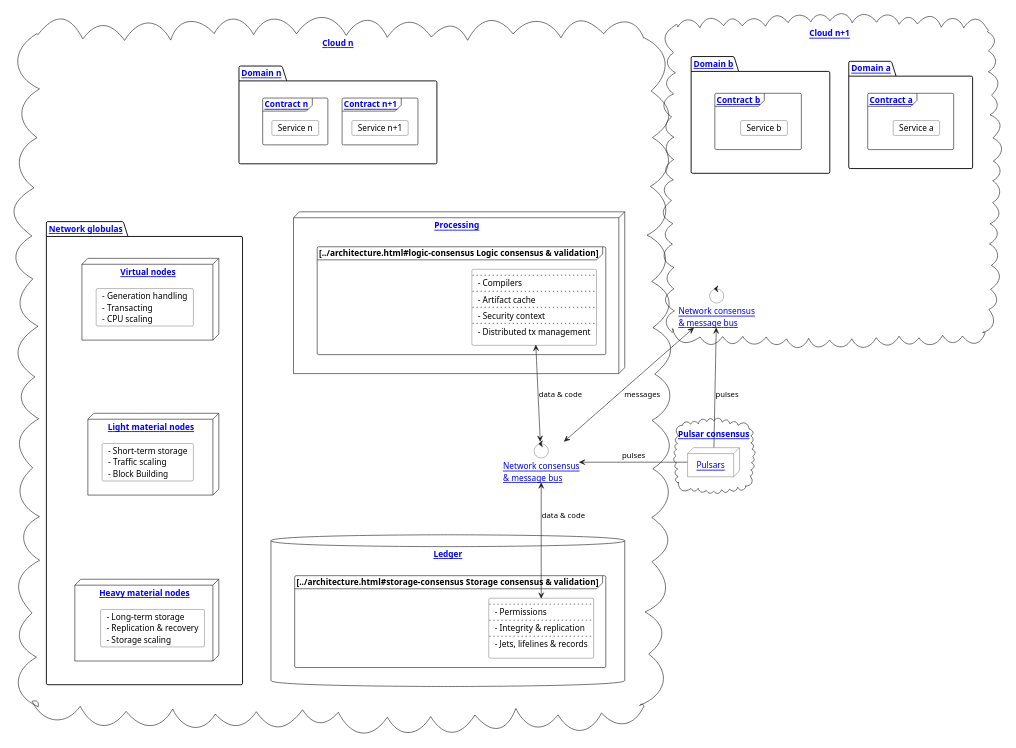
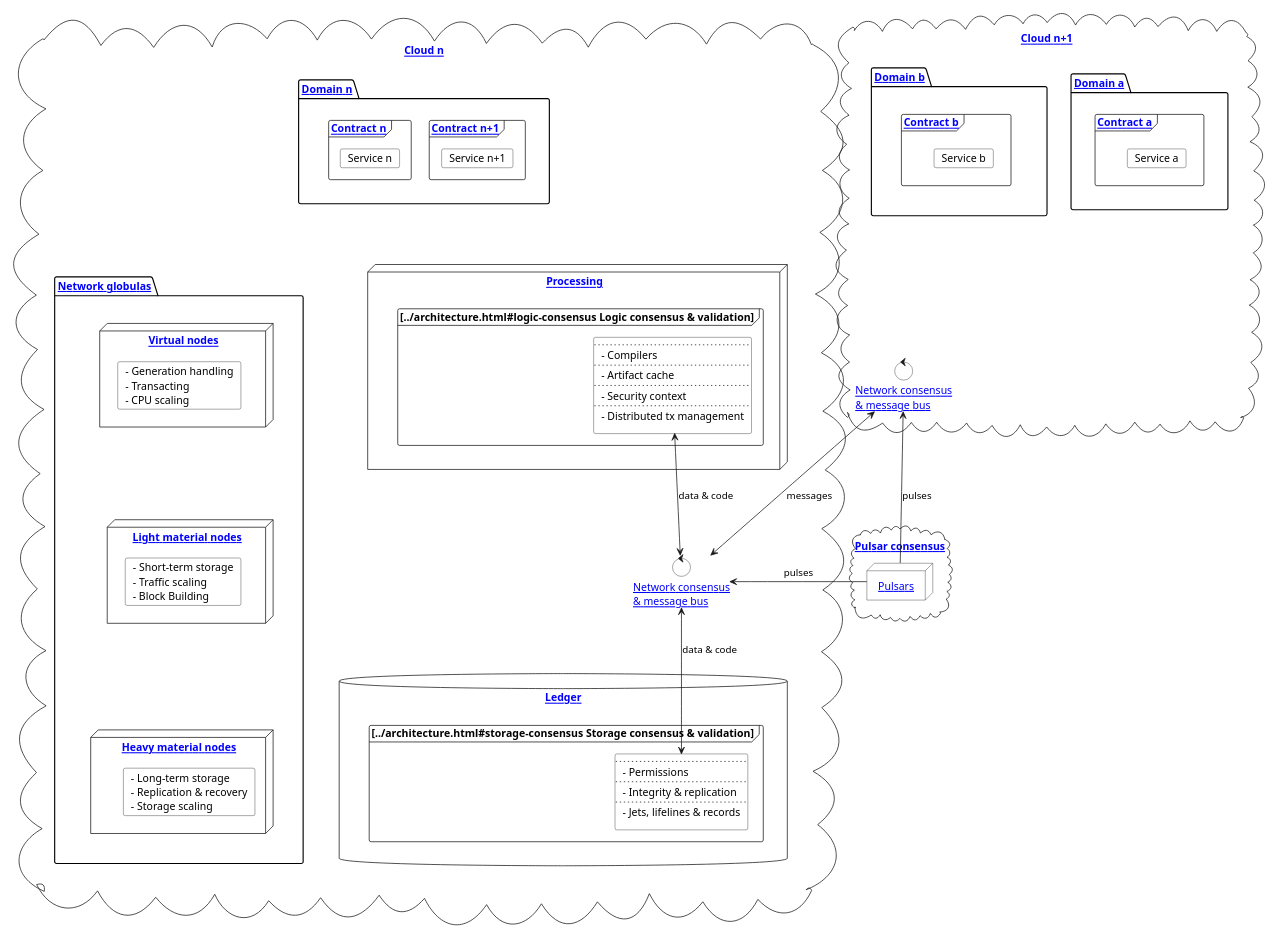
Before and after one commit to insolar/docs: the diagram in docs/source/architecture.puml, drawn with PlantUML. The commit also changed 9 other files, not shown here.

```diff
--- a/docs/source/architecture.puml
+++ b/docs/source/architecture.puml
@@ -1,128 +1,128 @@
-scale 750 width
+scale 950 width
 
 skinparam shadowing false
 skinparam backgroundColor transparent
 skinparam rectangle { 
  backgroundColor transparent
 }
 skinparam frame {
  backgroundColor transparent
 }
 skinparam node {
  backgroundColor transparent
 }
 skinparam control {
  backgroundColor transparent
 }
 
 skinparam card {
  backgroundColor transparent
 }
 
 together {
 cloud "[[../architecture.html#pulsar-consensus Pulsar consensus]]" as pcon {
   together {
     node "[[../architecture.html#pulsars Pulsars]]" as pulsars
   }
 }
 cloud "[[../architecture.html#fed-of-clouds Cloud n+1]]" as cloudnext {
   together {
     control "[[../architecture.html#network-consensus Network consensus\n& message bus]]" as nextnet
   }
   together {
     package "[[../architecture.html#domains Domain b]]" as domb {
       frame "[[../architecture.html#contracts Contract b]]" as cntrctb {
         card "Service b"
       }
     }
     package "[[../architecture.html#domains Domain a]]" as doma {
       frame "[[../architecture.html#contracts Contract a]]" as cntrcta {
         card "Service a"
       }
     }
     cntrctb -[hidden]d- nextnet
     cntrcta -[hidden]d- nextnet
   }
   pulsars -u-> nextnet : pulses
 }
 }
 cloud "[[../architecture.html#fed-of-clouds Cloud n]]" as cloudn {
  together {
   package "[[../architecture.html#domains Domain n]]" as domn {
     frame "[[../architecture.html#contracts Contract n+1]]" as cntrctnext {
       card "Service n+1"
     }
     frame "[[../architecture.html#contracts Contract n]]" as cntrctn {
       card "Service n"
     }
   }
   }
   package "[[../architecture.html#globulas Network globulas]]" as globula {
     node "[[../architecture.html#virtual Virtual nodes]]" as vn {
         card vcard [
           - Generation handling
           - Transacting
           - CPU scaling
         ]
     }
     node "[[../architecture.html#light-material Light material nodes]]" as ln {
         card lcard [
           - Short-term storage
           - Traffic scaling
           - Block Building
         ]
     }
     node "[[../architecture.html#heavy-material Heavy material nodes]]" as hn {
         card hcard [
           - Long-term storage
           - Replication & recovery
           - Storage scaling
         ]
     }
  }
  together {
  control "[[../architecture.html#network-consensus Network consensus\n& message bus]]" as net
  database "[[../architecture.html#ledger Ledger]]" as db {
     frame "[[../architecture.html#storage-consensus Storage consensus & validation]]" {
     rectangle ldgr [
       ....
       - Permissions
       ....
       - Integrity & replication
       ....
       - Jets, lifelines & records
     ]
     }
  }
  node "[[../architecture.html#execution-validation Processing]]" as process {
     frame "[[../architecture.html#logic-consensus Logic consensus & validation]]" {
     rectangle proc [
       ....
       - Compilers
       ....
       - Artifact cache
       ....
       - Security context
       ....
       - Distributed tx management
     ]
     }
  }
  }
  domn -[hidden]- globula
  vcard -[hidden]d- lcard
  lcard -[hidden]d- hcard
  net -[hidden]d- process
  proc <-d-> net : data & code
  net <-d-> ldgr : data & code
  net -[hidden]r- ln
  db -[hidden]r- hn
  process -[hidden]d- net
  proc -[hidden]r- vn
  pulsars -r-> net: pulses
  net <-> nextnet : messages
  domb -[hidden]- net
  domb -[hidden]r- domn
  domb -[hidden]r- proc
  domb -[hidden]r- net
 }
```
